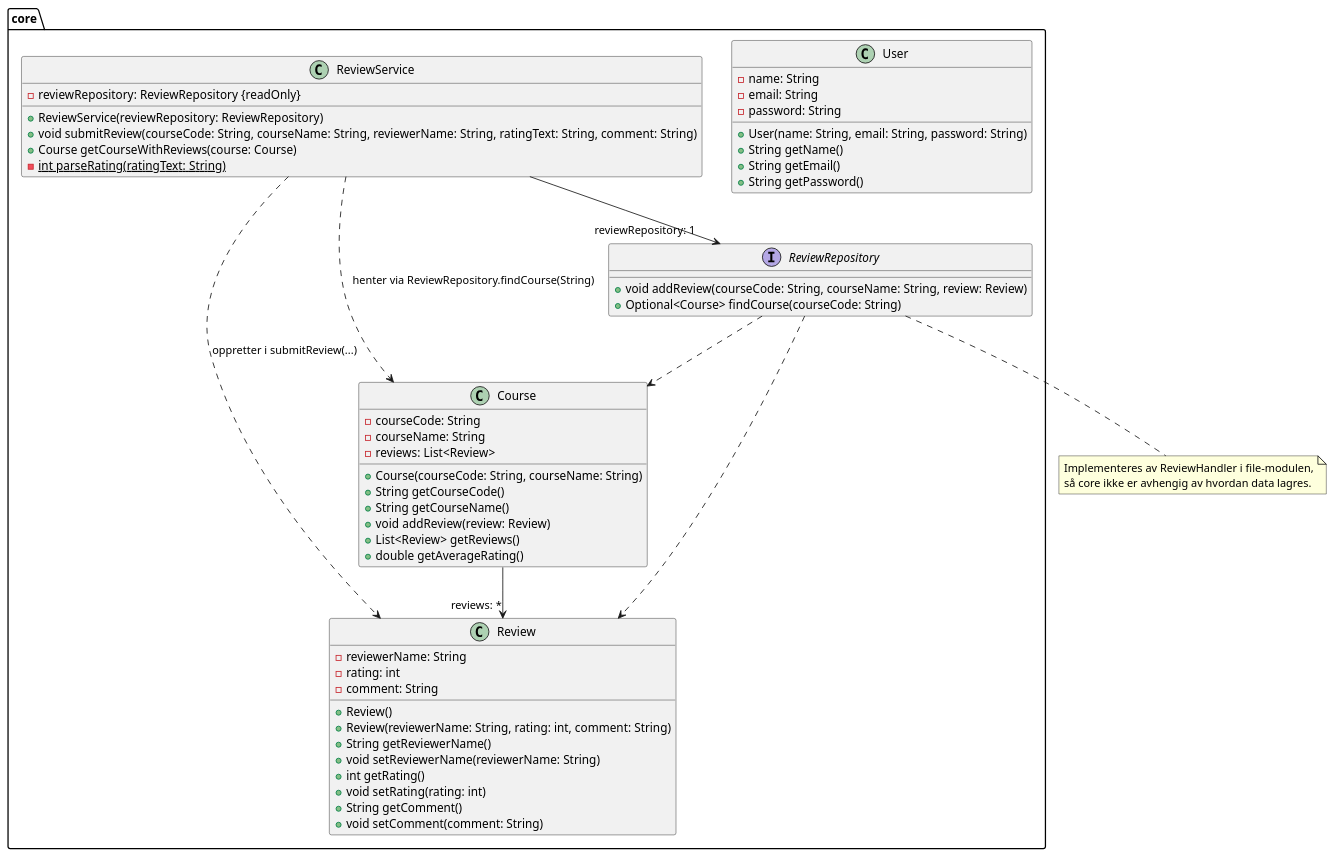
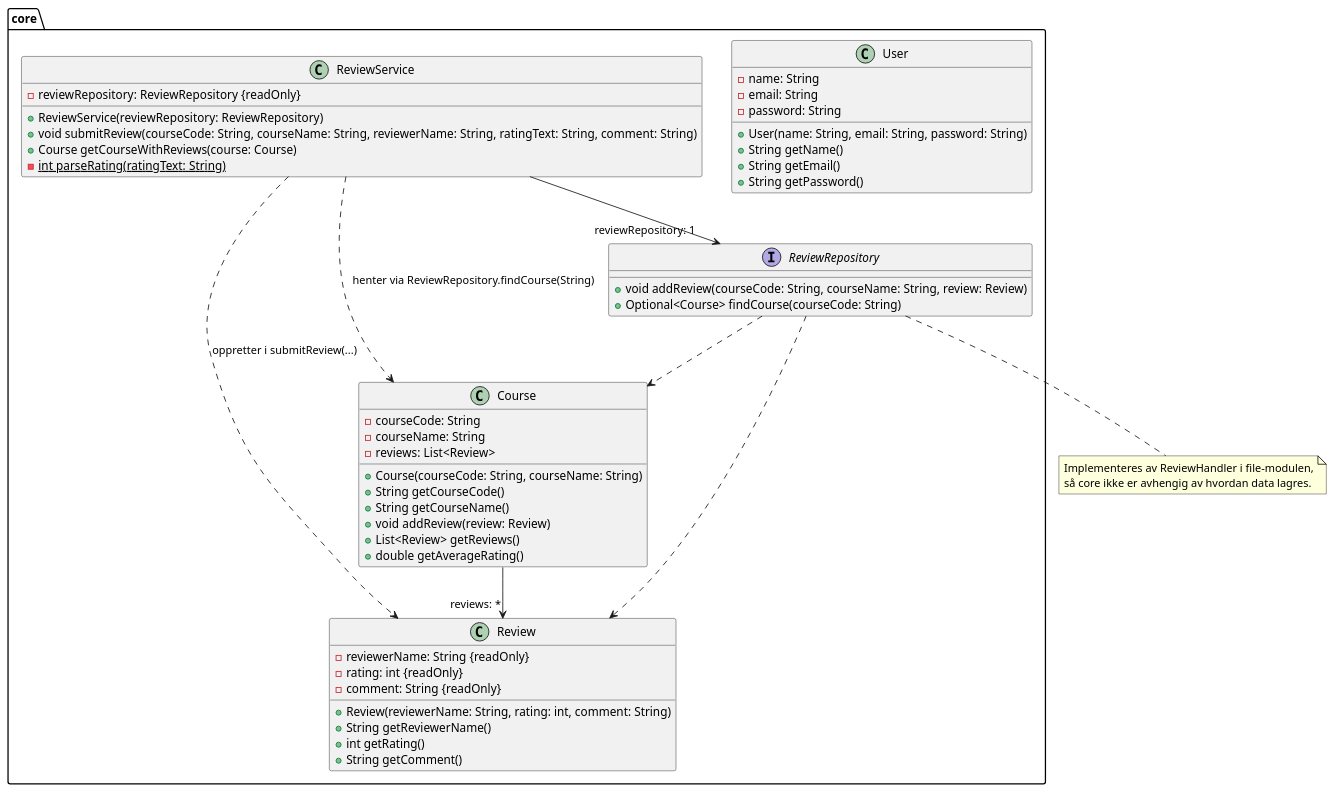
One commit to JesperBarosen/BIThub changed the diagram in arkitektur/klassediagramCore.puml. Above: the diagram before and after it, drawn with PlantUML. The commit also changed 3 other files, not shown here.

First line of the commit message:
Oppdater klassediagrammer med ReviewDTO

```diff
--- a/arkitektur/klassediagramCore.puml
+++ b/arkitektur/klassediagramCore.puml
@@ -1,67 +1,63 @@
 @startuml klassediagramCore
 
 package core {
 
     class Course {
         - courseCode: String
         - courseName: String
         - reviews: List<Review>
         + Course(courseCode: String, courseName: String)
         + String getCourseCode()
         + String getCourseName()
         + void addReview(review: Review)
         + List<Review> getReviews()
         + double getAverageRating()
     }
 
     class Review {
-        - reviewerName: String
-        - rating: int
-        - comment: String
-        + Review()
+        - reviewerName: String {readOnly}
+        - rating: int {readOnly}
+        - comment: String {readOnly}
         + Review(reviewerName: String, rating: int, comment: String)
         + String getReviewerName()
-        + void setReviewerName(reviewerName: String)
         + int getRating()
-        + void setRating(rating: int)
         + String getComment()
-        + void setComment(comment: String)
     }
 
     class User {
         - name: String
         - email: String
         - password: String
         + User(name: String, email: String, password: String)
         + String getName()
         + String getEmail()
         + String getPassword()
     }
 
     interface ReviewRepository {
         + void addReview(courseCode: String, courseName: String, review: Review)
         + Optional<Course> findCourse(courseCode: String)
     }
 
     class ReviewService {
         - reviewRepository: ReviewRepository {readOnly}
         + ReviewService(reviewRepository: ReviewRepository)
         + void submitReview(courseCode: String, courseName: String, reviewerName: String, ratingText: String, comment: String)
         + Course getCourseWithReviews(course: Course)
         - {static} int parseRating(ratingText: String)
     }
 
     Course --> "reviews: *" Review
     ReviewService --> "reviewRepository: 1" ReviewRepository
     ReviewService ..> Course : henter via ReviewRepository.findCourse(String)
     ReviewService ..> Review : oppretter i submitReview(...)
     ReviewRepository ..> Course
     ReviewRepository ..> Review
 }
 
 note bottom of ReviewRepository
   Implementeres av ReviewHandler i file-modulen,
   så core ikke er avhengig av hvordan data lagres.
 end note
 
 @enduml
```
